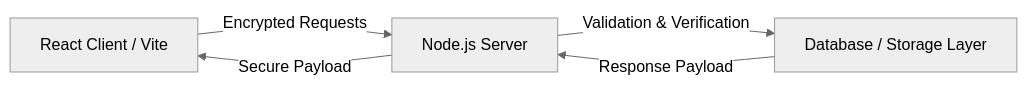
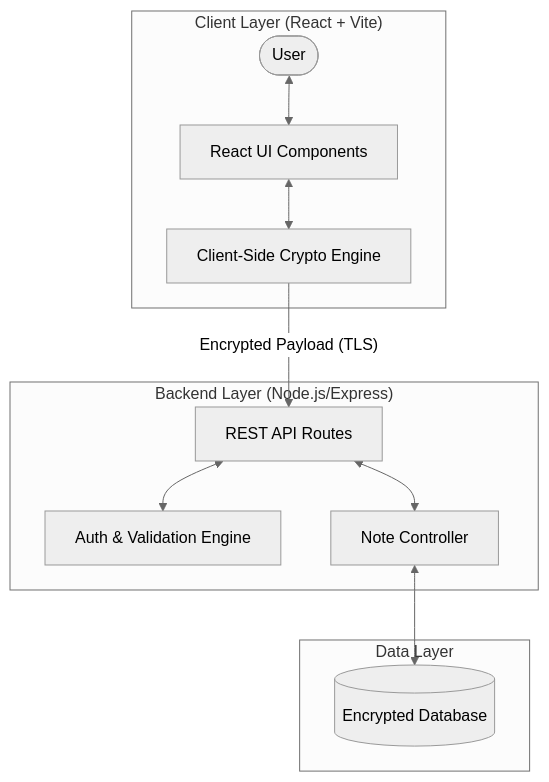
The diagram in README.md (auysh8/notes-app), drawn with Mermaid (neutral theme) before and after one commit. The commit also changed other lines of this file, not shown here.

````diff
--- a/README.md
+++ b/README.md
@@ -33,7 +69,17 @@
 ```mermaid
-flowchart LR
-    A[React Client / Vite] -->|Encrypted Requests| B[Node.js Server]
-    B -->|Validation & Verification| C[Database / Storage Layer]
-    C -->|Response Payload| B
-    B -->|Secure Payload| A
+flowchart TD
+    subgraph Client ["Client Layer (React + Vite)"]
+        User([User]) <--> UI[React UI Components]
+        UI <--> Crypto[Client-Side Crypto Engine]
+    end
+
+    subgraph Server ["Backend Layer (Node.js/Express)"]
+        Crypto -- "Encrypted Payload (TLS)" --> API[REST API Routes]
+        API <--> Auth[Auth & Validation Engine]
+        API <--> Controller[Note Controller]
+    end
+
+    subgraph Storage ["Data Layer"]
+        Controller <--> DB[(Encrypted Database)]
+    end
 ```
````
